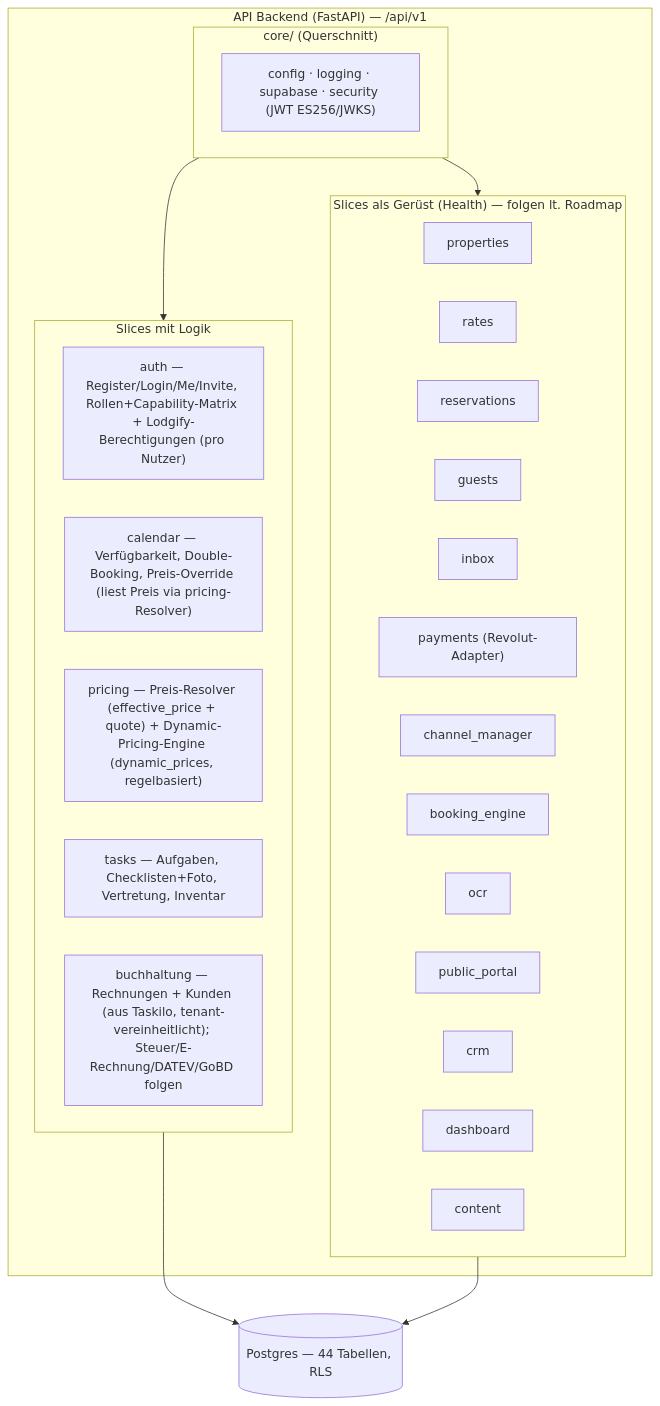
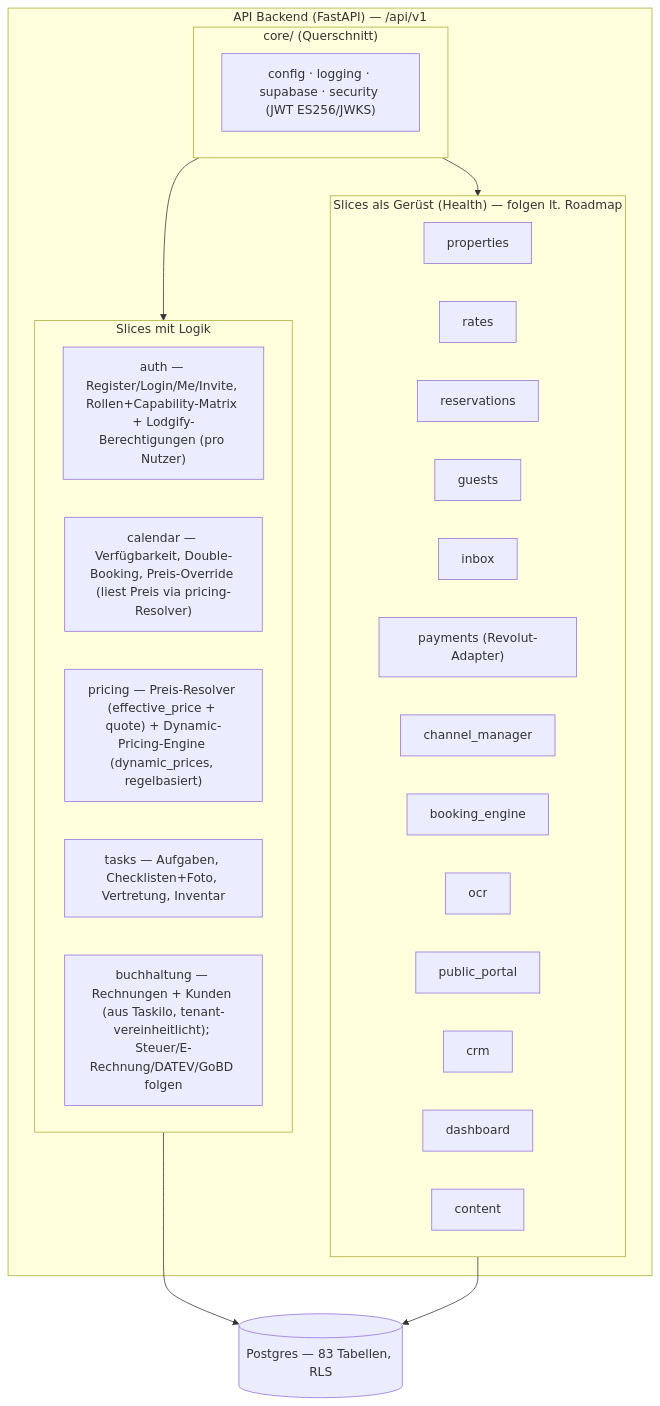
Before and after one commit to Andy1234567890-cmyk/NextDays: the third of 15 diagrams in docs/ARCHITECTURE.md, drawn with Mermaid. The commit also changed other lines of this file and 1 other file, not shown here.

````diff
--- a/docs/ARCHITECTURE.md
+++ b/docs/ARCHITECTURE.md
@@ -119,26 +119,26 @@
 ```mermaid
 flowchart TB
     subgraph API["API Backend (FastAPI) — /api/v1"]
         subgraph CORE["core/ (Querschnitt)"]
             CFG["config · logging · supabase · security (JWT ES256/JWKS)"]
         end
         subgraph DONE["Slices mit Logik"]
             AUTH["auth — Register/Login/Me/Invite, Rollen+Capability-Matrix + Lodgify-Berechtigungen (pro Nutzer)"]
             CAL["calendar — Verfügbarkeit, Double-Booking, Preis-Override (liest Preis via pricing-Resolver)"]
             PRICE["pricing — Preis-Resolver (effective_price + quote) + Dynamic-Pricing-Engine (dynamic_prices, regelbasiert)"]
             TASKS["tasks — Aufgaben, Checklisten+Foto, Vertretung, Inventar"]
             BUCH["buchhaltung — Rechnungen + Kunden (aus Taskilo, tenant-vereinheitlicht); Steuer/E-Rechnung/DATEV/GoBD folgen"]
         end
         subgraph SCAFFOLD["Slices als Gerüst (Health) — folgen lt. Roadmap"]
             PROP["properties"]; RATES["rates"]; RES["reservations"]
             GUE["guests"]; INBOX["inbox"]; PAY["payments (Revolut-Adapter)"]
             CM["channel_manager"]; BOOK["booking_engine"]; OCR["ocr"]
             PORTAL["public_portal"]; CRM["crm"]; DASH["dashboard"]; CONT["content"]
         end
     end
-    DB[("Postgres — 44 Tabellen, RLS")]
+    DB[("Postgres — 83 Tabellen, RLS")]
     DONE --> DB
     SCAFFOLD --> DB
     CORE --> DONE
     CORE --> SCAFFOLD
 ```
````
